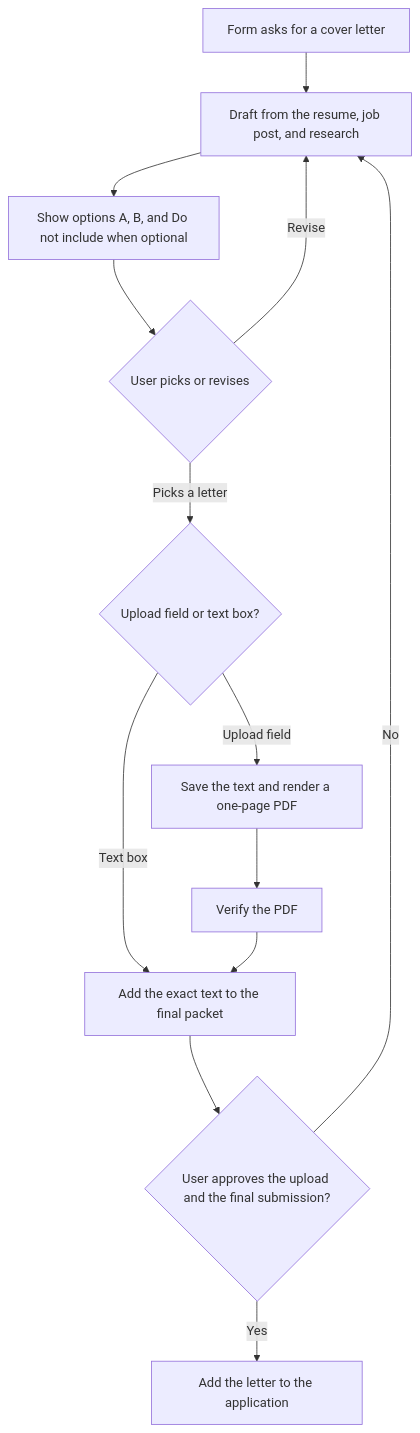
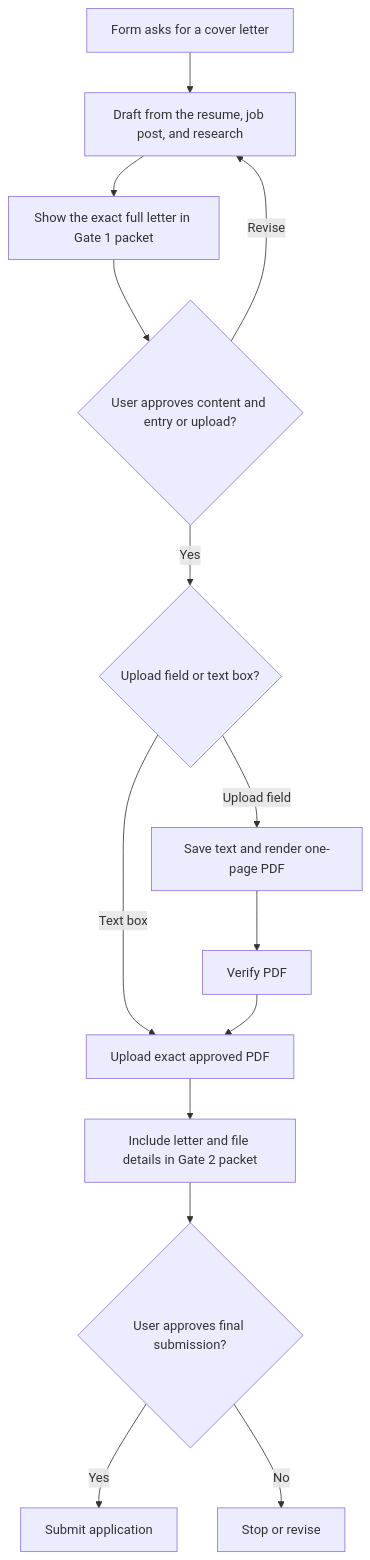
One commit to fsw0422/skills changed the diagram in linkedin-job-pilot/references/cover-letter.md. Above: the diagram before and after it, drawn with Mermaid. The commit also changed other lines of this file and 2 other files, not shown here.

Commit message:
feat(linkedin-job-pilot): minimize application approval gates

```diff
--- a/linkedin-job-pilot/references/cover-letter.md
+++ b/linkedin-job-pilot/references/cover-letter.md
@@ -9,15 +9,16 @@
 ~~~mermaid
 flowchart TD
     A[Form asks for a cover letter] --> B[Draft from the resume, job post, and research]
-    B --> C[Show options A, B, and Do not include when optional]
-    C --> D{User picks or revises}
+    B --> C[Show the exact full letter in Gate 1 packet]
+    C --> D{User approves content and entry or upload?}
     D -- Revise --> B
-    D -- Picks a letter --> E{Upload field or text box?}
-    E -- Text box --> H[Add the exact text to the final packet]
-    E -- Upload field --> F[Save the text and render a one-page PDF]
-    F --> G[Verify the PDF]
-    G --> H
-    H --> I{User approves the upload and the final submission?}
-    I -- Yes --> J[Add the letter to the application]
-    I -- No --> B
+    D -- Yes --> E{Upload field or text box?}
+    E -- Text box --> H[Enter exact approved text]
+    E -- Upload field --> F[Save text and render one-page PDF]
+    F --> G[Verify PDF]
+    G --> H[Upload exact approved PDF]
+    H --> I[Include letter and file details in Gate 2 packet]
+    I --> J{User approves final submission?}
+    J -- Yes --> K[Submit application]
+    J -- No --> L[Stop or revise]
 ~~~
```
